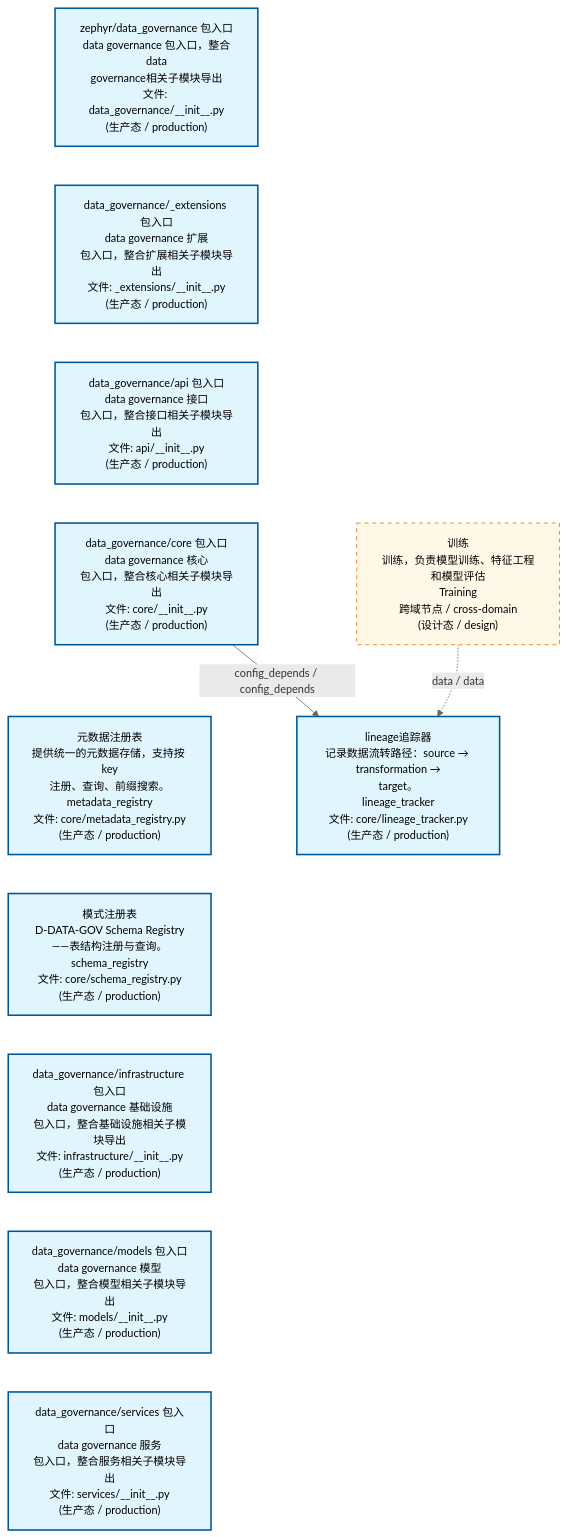
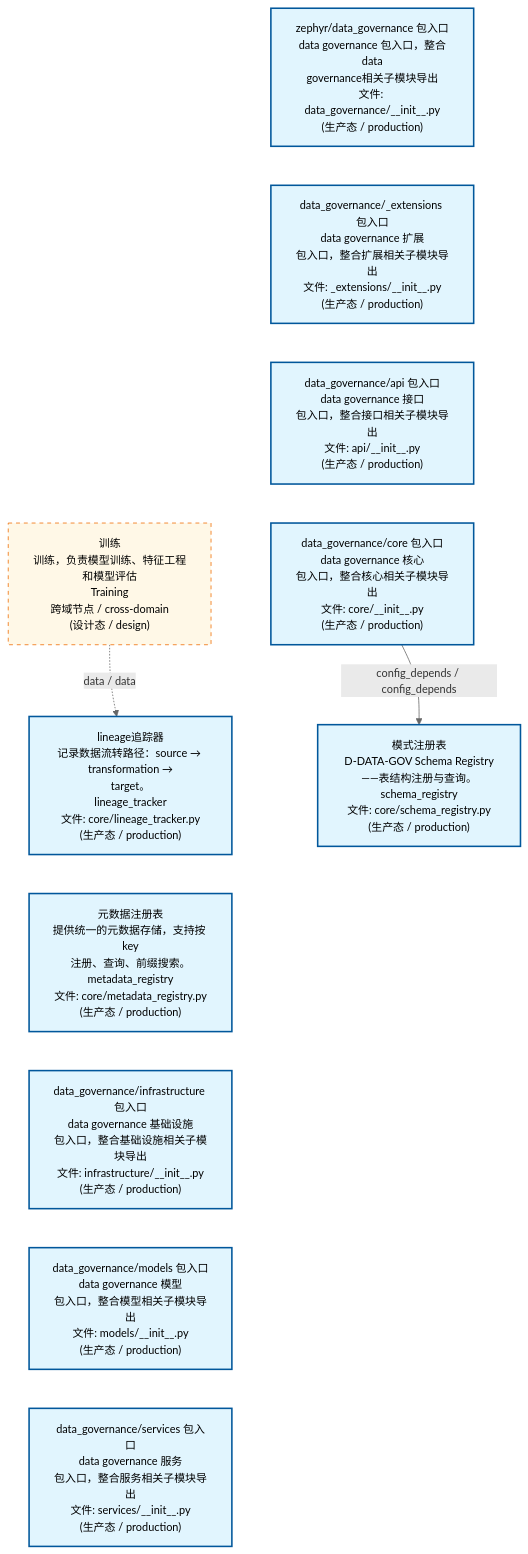
One commit to xuanFelixVan/ZephyrAlpha changed the first of 3 diagrams in docs/02_enterprise_architecture/02_domain_architecture_docs/13_d_data_gov.md. Above: the diagram before and after it, drawn with Mermaid. The commit also changed other lines of this file and 55 other files, not shown here.

````diff
--- a/docs/02_enterprise_architecture/02_domain_architecture_docs/13_d_data_gov.md
+++ b/docs/02_enterprise_architecture/02_domain_architecture_docs/13_d_data_gov.md
@@ -53,31 +53,31 @@
 ```mermaid
 %%{init: {'theme': 'base', 'themeVariables': {'primaryColor': '#eaeaea', 'primaryTextColor': '#333333', 'primaryBorderColor': '#666666', 'lineColor': '#666666', 'secondaryColor': '#eaeaea', 'tertiaryColor': '#eaeaea', 'fontSize': '14px'}}}%%
 flowchart TD
     src_zephyr_data_governance_init_py["zephyr/data_governance 包入口<br/>data governance 包入口，整合data<br/>governance相关子模块导出<br/>文件: data_governance/__init__.py<br/>(生产态 / production)"]
     src_zephyr_data_governance_extensions_init_py["data_governance/_extensions 包入口<br/>data governance 扩展<br/>包入口，整合扩展相关子模块导出<br/>文件: _extensions/__init__.py<br/>(生产态 / production)"]
     src_zephyr_data_governance_api_init_py["data_governance/api 包入口<br/>data governance 接口<br/>包入口，整合接口相关子模块导出<br/>文件: api/__init__.py<br/>(生产态 / production)"]
     src_zephyr_data_governance_core_init_py["data_governance/core 包入口<br/>data governance 核心<br/>包入口，整合核心相关子模块导出<br/>文件: core/__init__.py<br/>(生产态 / production)"]
+    src_zephyr_data_governance_core_lineage_tracker_py["lineage追踪器<br/>记录数据流转路径：source → transformation →<br/>target。<br/>lineage_tracker<br/>文件: core/lineage_tracker.py<br/>(生产态 / production)"]
     src_zephyr_data_governance_core_metadata_registry_py["元数据注册表<br/>提供统一的元数据存储，支持按 key<br/>注册、查询、前缀搜索。<br/>metadata_registry<br/>文件: core/metadata_registry.py<br/>(生产态 / production)"]
-    src_zephyr_data_governance_core_schema_registry_py["模式注册表<br/>D-DATA-GOV Schema Registry——表结构注册与查询。<br/>schema_registry<br/>文件: core/schema_registry.py<br/>(生产态 / production)"]
     src_zephyr_data_governance_infrastructure_init_py["data_governance/infrastructure 包入口<br/>data governance 基础设施<br/>包入口，整合基础设施相关子模块导出<br/>文件: infrastructure/__init__.py<br/>(生产态 / production)"]
     src_zephyr_data_governance_models_init_py["data_governance/models 包入口<br/>data governance 模型<br/>包入口，整合模型相关子模块导出<br/>文件: models/__init__.py<br/>(生产态 / production)"]
     src_zephyr_data_governance_services_init_py["data_governance/services 包入口<br/>data governance 服务<br/>包入口，整合服务相关子模块导出<br/>文件: services/__init__.py<br/>(生产态 / production)"]
     src_zephyr_data_governance_init_py ~~~ src_zephyr_data_governance_extensions_init_py
     src_zephyr_data_governance_extensions_init_py ~~~ src_zephyr_data_governance_api_init_py
     src_zephyr_data_governance_api_init_py ~~~ src_zephyr_data_governance_core_init_py
-    src_zephyr_data_governance_core_init_py ~~~ src_zephyr_data_governance_core_metadata_registry_py
-    src_zephyr_data_governance_core_metadata_registry_py ~~~ src_zephyr_data_governance_core_schema_registry_py
-    src_zephyr_data_governance_core_schema_registry_py ~~~ src_zephyr_data_governance_infrastructure_init_py
+    src_zephyr_data_governance_core_init_py ~~~ src_zephyr_data_governance_core_lineage_tracker_py
+    src_zephyr_data_governance_core_lineage_tracker_py ~~~ src_zephyr_data_governance_core_metadata_registry_py
+    src_zephyr_data_governance_core_metadata_registry_py ~~~ src_zephyr_data_governance_infrastructure_init_py
     src_zephyr_data_governance_infrastructure_init_py ~~~ src_zephyr_data_governance_models_init_py
     src_zephyr_data_governance_models_init_py ~~~ src_zephyr_data_governance_services_init_py
-    src_zephyr_data_governance_core_lineage_tracker_py["lineage追踪器<br/>记录数据流转路径：source → transformation →<br/>target。<br/>lineage_tracker<br/>文件: core/lineage_tracker.py<br/>(生产态 / production)"]
-    src_zephyr_data_governance_core_init_py -->|config_depends / config_depends| src_zephyr_data_governance_core_lineage_tracker_py
+    src_zephyr_data_governance_core_schema_registry_py["模式注册表<br/>D-DATA-GOV Schema Registry——表结构注册与查询。<br/>schema_registry<br/>文件: core/schema_registry.py<br/>(生产态 / production)"]
+    src_zephyr_data_governance_core_init_py -->|config_depends / config_depends| src_zephyr_data_governance_core_schema_registry_py
     D_ML_TRAIN["训练<br/>训练，负责模型训练、特征工程和模型评估<br/>Training<br/>跨域节点 / cross-domain<br/>(设计态 / design)"]
     D_ML_TRAIN -.->|data / data| src_zephyr_data_governance_core_lineage_tracker_py
     classDef production fill:#e1f5fe,stroke:#01579b,stroke-width:2px,color:#000
     classDef design fill:#fff3e0,stroke:#e65100,stroke-width:2px,color:#000,stroke-dasharray: 5 5
     classDef external_prod fill:#e8f4fd,stroke:#0277bd,stroke-width:1px,color:#000
     classDef external_design fill:#fff8e7,stroke:#ef6c00,stroke-width:1px,color:#000,stroke-dasharray: 5 5
     class src_zephyr_data_governance_init_py,src_zephyr_data_governance_extensions_init_py,src_zephyr_data_governance_api_init_py,src_zephyr_data_governance_core_init_py,src_zephyr_data_governance_core_lineage_tracker_py,src_zephyr_data_governance_core_metadata_registry_py,src_zephyr_data_governance_core_schema_registry_py,src_zephyr_data_governance_infrastructure_init_py,src_zephyr_data_governance_models_init_py,src_zephyr_data_governance_services_init_py production
     class D_ML_TRAIN external_design
 ```
````
